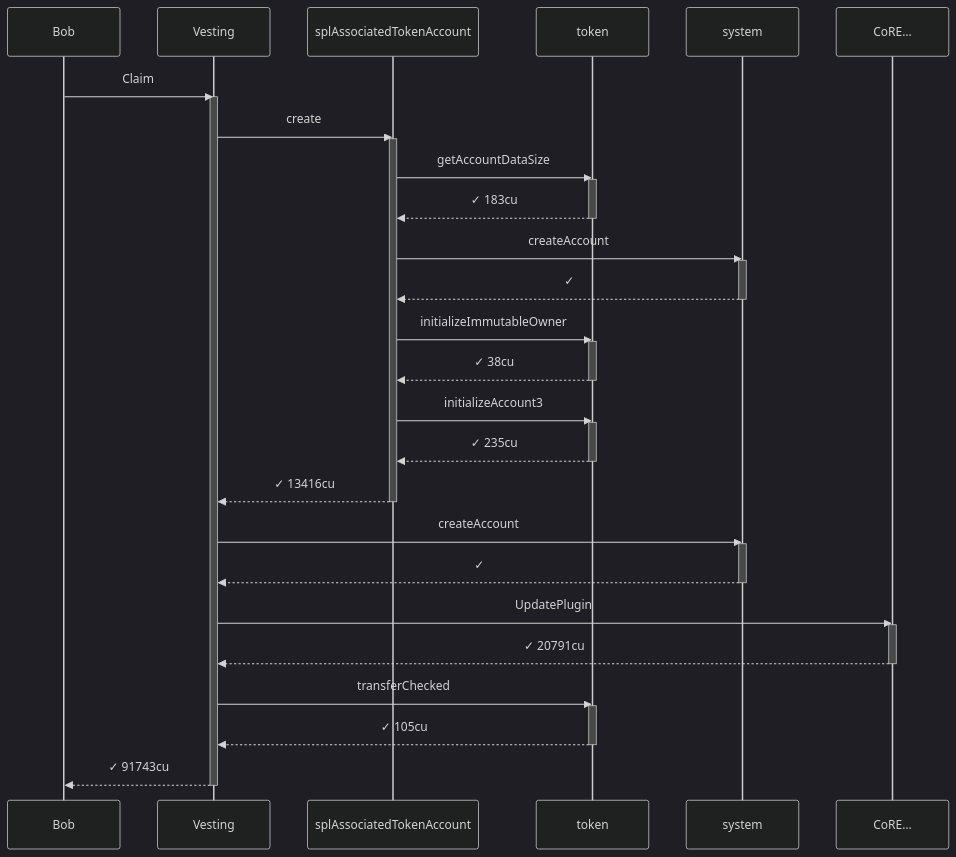
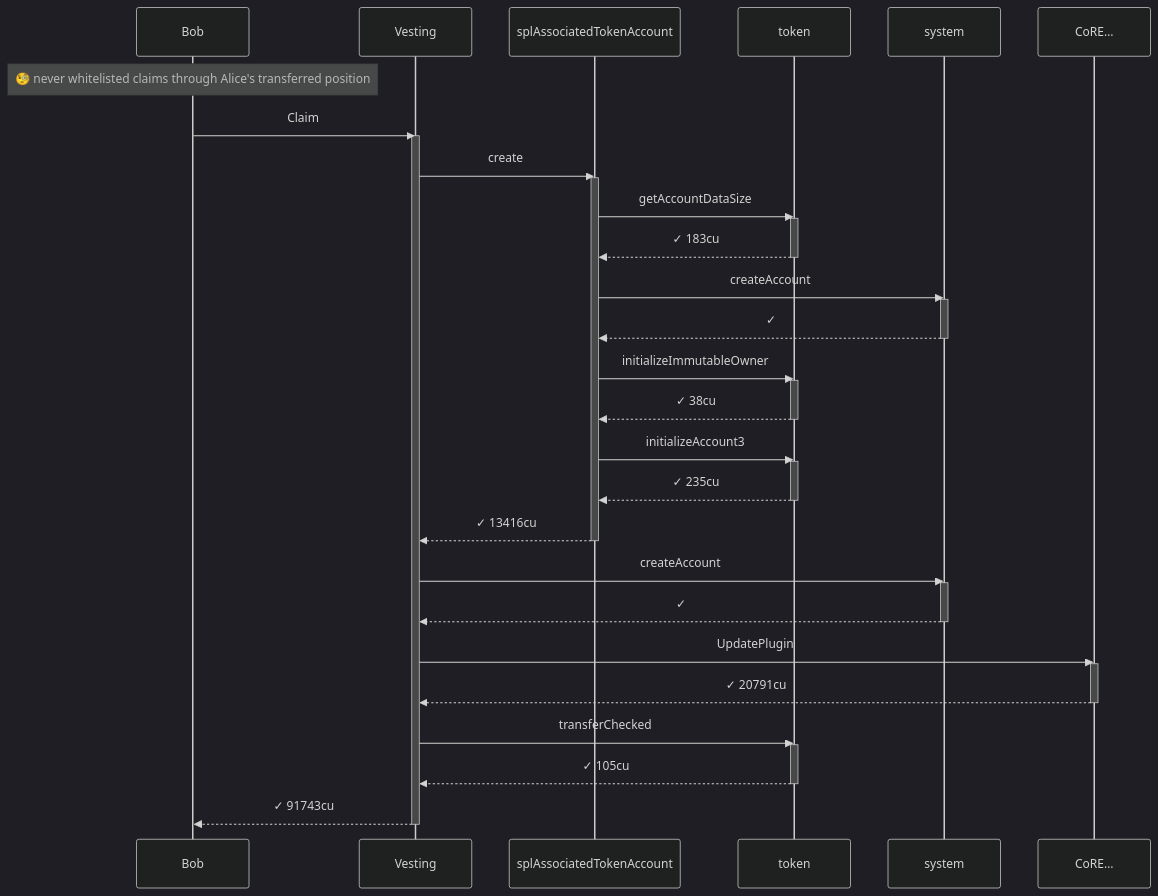
Diagram 19 of 30 in babelfish-tests/test-report/full_lifecycle.md (cds-turbin3/vesting-position), drawn with Mermaid (dark theme) before and after one commit. The commit also changed other lines of this file and 52 other files, not shown here.

````diff
--- a/babelfish-tests/test-report/full_lifecycle.md
+++ b/babelfish-tests/test-report/full_lifecycle.md
@@ -886,45 +892,46 @@
 ```mermaid
 sequenceDiagram
     participant p0 as Bob
     participant p1 as Vesting
     participant p2 as splAssociatedTokenAccount
     participant p3 as token
     participant p4 as system
     participant p5 as CoRE…
+    Note over p0: 🧐 never whitelisted  claims through Alice's transferred position
     p0->>p1: Claim
     activate p1
     p1->>p2: create
     activate p2
     p2->>p3: getAccountDataSize
     activate p3
     p3-->>p2: ✓ 183cu
     deactivate p3
     p2->>p4: createAccount
     activate p4
     p4-->>p2: ✓
     deactivate p4
     p2->>p3: initializeImmutableOwner
     activate p3
     p3-->>p2: ✓ 38cu
     deactivate p3
     p2->>p3: initializeAccount3
     activate p3
     p3-->>p2: ✓ 235cu
     deactivate p3
     p2-->>p1: ✓ 13416cu
     deactivate p2
     p1->>p4: createAccount
     activate p4
     p4-->>p1: ✓
     deactivate p4
     p1->>p5: UpdatePlugin
     activate p5
     p5-->>p1: ✓ 20791cu
     deactivate p5
     p1->>p3: transferChecked
     activate p3
     p3-->>p1: ✓ 105cu
     deactivate p3
     p1-->>p0: ✓ 91743cu
     deactivate p1
 ```
````
